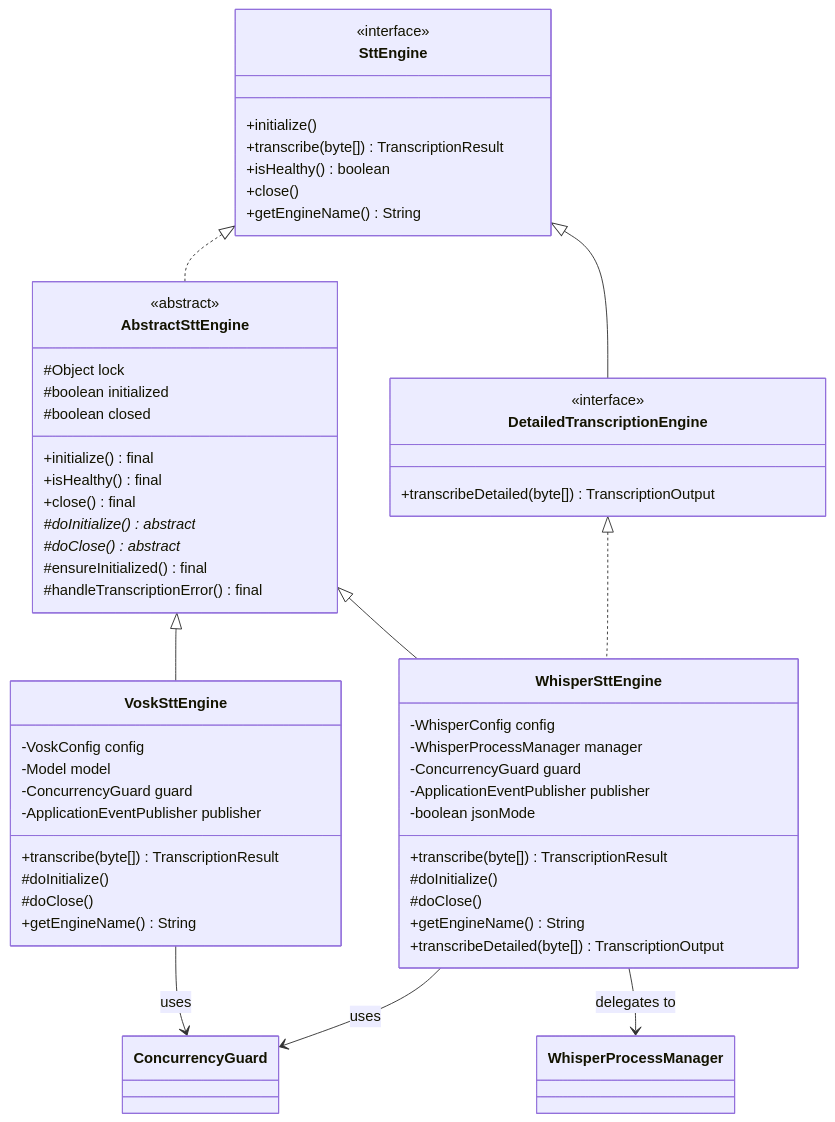
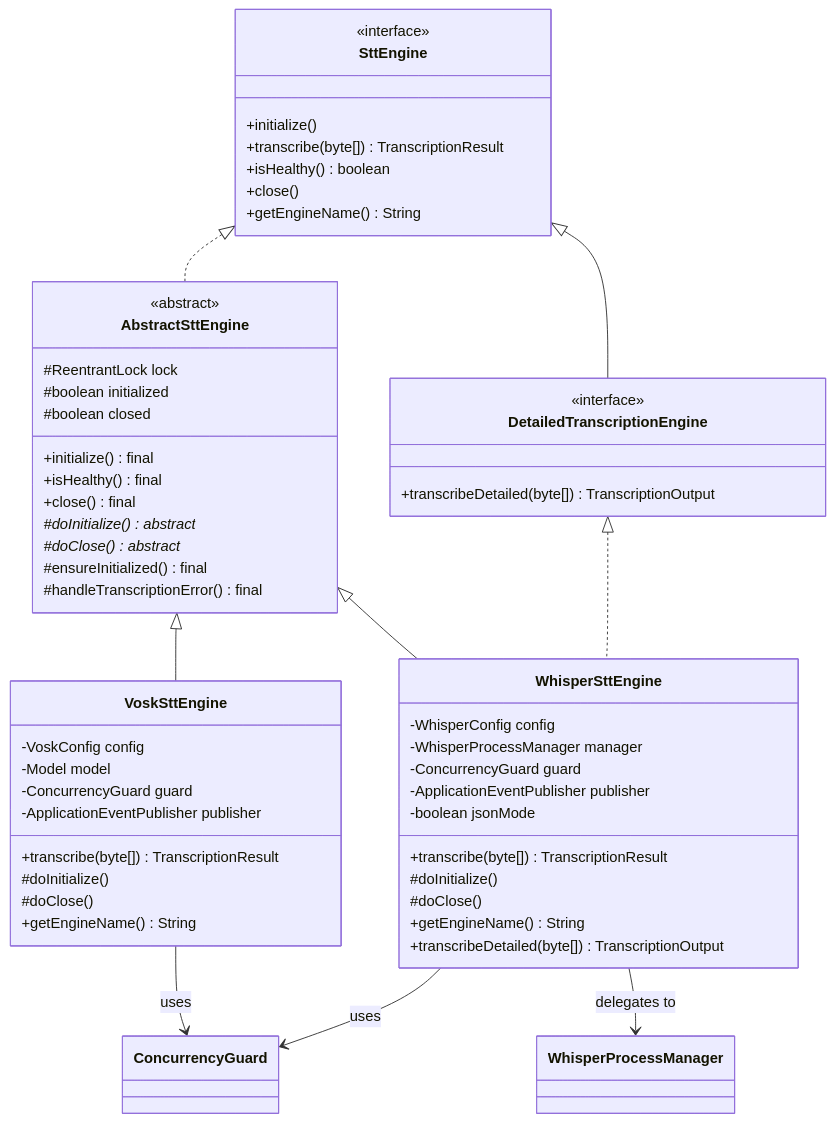
Before and after one commit to phillippitts/speakToMack: the first of 9 diagrams in docs/diagrams/class-dependencies.md, drawn with Mermaid. The commit also changed other lines of this file and 499 other files, not shown here.

````diff
--- a/docs/diagrams/class-dependencies.md
+++ b/docs/diagrams/class-dependencies.md
@@ -5,64 +5,64 @@
 ```mermaid
 classDiagram
     class SttEngine {
         <<interface>>
         +initialize()
         +transcribe(byte[]) TranscriptionResult
         +isHealthy() boolean
         +close()
         +getEngineName() String
     }
 
     class DetailedTranscriptionEngine {
         <<interface>>
         +transcribeDetailed(byte[]) TranscriptionOutput
     }
 
     class AbstractSttEngine {
         <<abstract>>
-        #Object lock
+        #ReentrantLock lock
         #boolean initialized
         #boolean closed
         +initialize() final
         +isHealthy() final
         +close() final
         #doInitialize()* abstract
         #doClose()* abstract
         #ensureInitialized() final
         #handleTranscriptionError() final
     }
 
     class VoskSttEngine {
         -VoskConfig config
         -Model model
         -ConcurrencyGuard guard
         -ApplicationEventPublisher publisher
         +transcribe(byte[]) TranscriptionResult
         #doInitialize()
         #doClose()
         +getEngineName() String
     }
 
     class WhisperSttEngine {
         -WhisperConfig config
         -WhisperProcessManager manager
         -ConcurrencyGuard guard
         -ApplicationEventPublisher publisher
         -boolean jsonMode
         +transcribe(byte[]) TranscriptionResult
         #doInitialize()
         #doClose()
         +getEngineName() String
         +transcribeDetailed(byte[]) TranscriptionOutput
     }
 
     SttEngine <|.. AbstractSttEngine
     SttEngine <|-- DetailedTranscriptionEngine
     DetailedTranscriptionEngine <|.. WhisperSttEngine
     AbstractSttEngine <|-- VoskSttEngine
     AbstractSttEngine <|-- WhisperSttEngine
 
     VoskSttEngine --> ConcurrencyGuard : uses
     WhisperSttEngine --> ConcurrencyGuard : uses
     WhisperSttEngine --> WhisperProcessManager : delegates to
 ```
````
